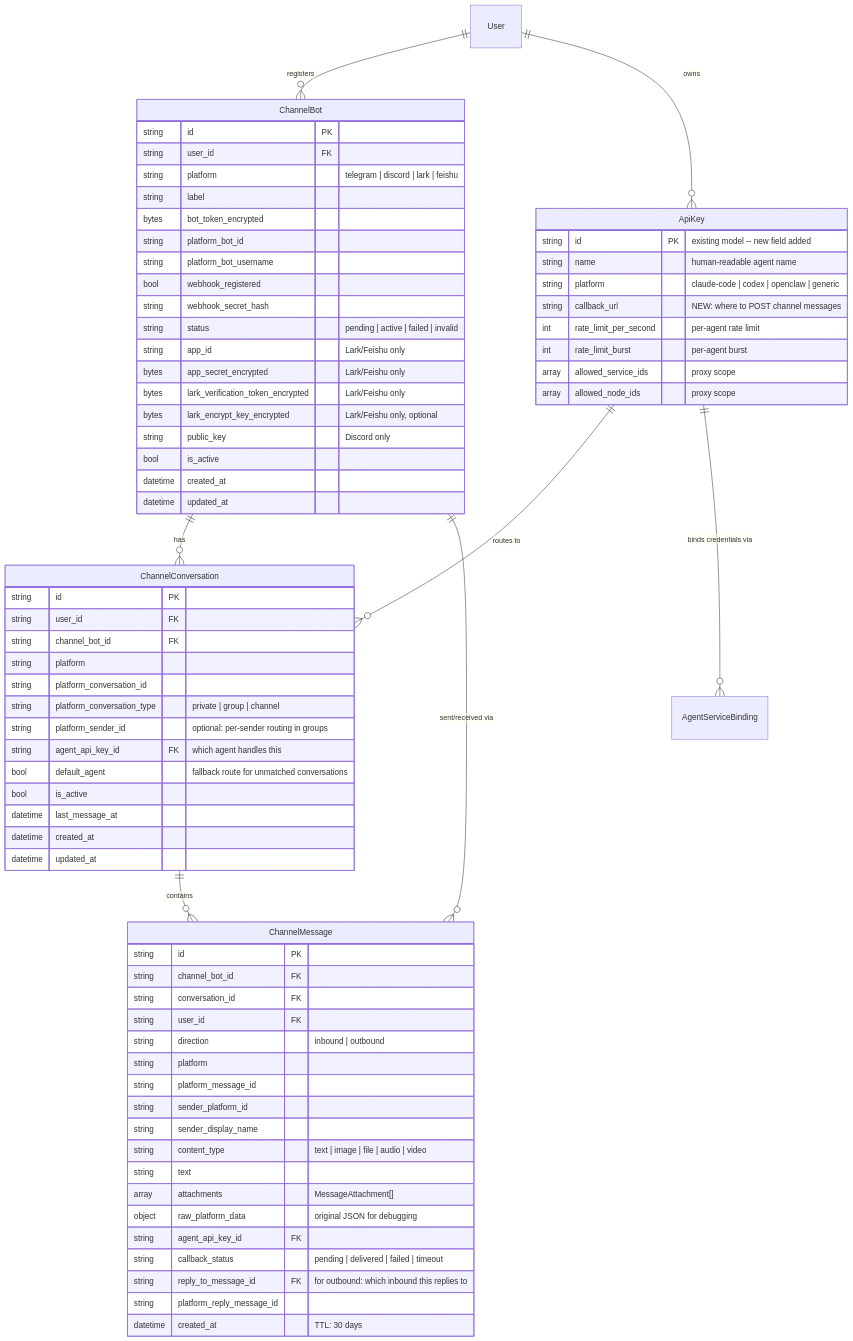
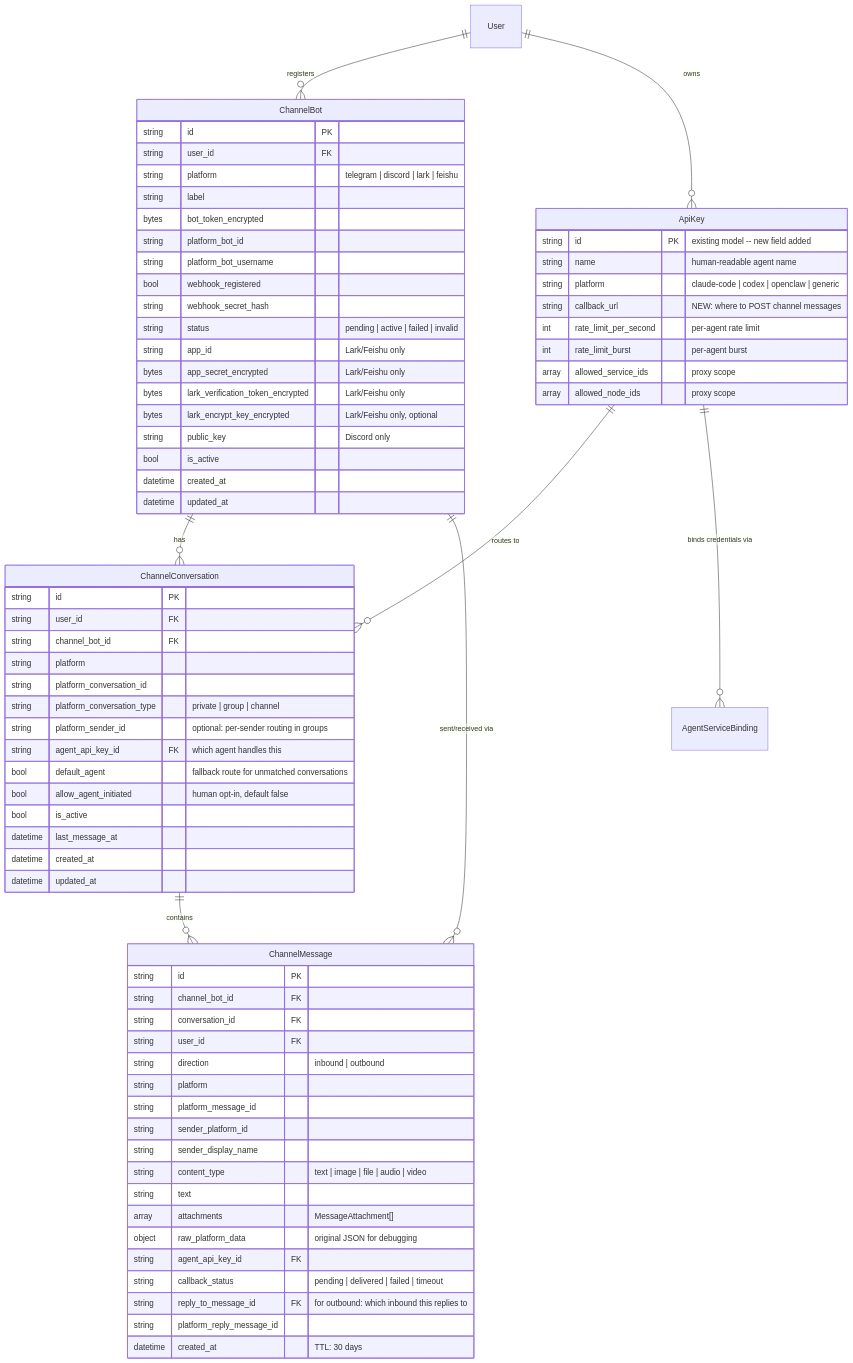
The eighth of 17 diagrams in docs/CHANNEL_BOT_RELAY.md (ChronoAIProject/NyxID), drawn with Mermaid before and after one commit. The commit also changed other lines of this file and 51 other files, not shown here.

Commit message:
feat(channels): agent-initiated channel messages (proactive send)

````diff
--- a/docs/CHANNEL_BOT_RELAY.md
+++ b/docs/CHANNEL_BOT_RELAY.md
@@ -291,79 +383,80 @@
 ```mermaid
 erDiagram
     User ||--o{ ChannelBot : registers
     User ||--o{ ApiKey : owns
     ChannelBot ||--o{ ChannelConversation : has
     ApiKey ||--o{ ChannelConversation : "routes to"
     ApiKey ||--o{ AgentServiceBinding : "binds credentials via"
     ChannelConversation ||--o{ ChannelMessage : contains
     ChannelBot ||--o{ ChannelMessage : "sent/received via"
 
     ApiKey {
         string id PK "existing model -- new field added"
         string name "human-readable agent name"
         string platform "claude-code | codex | openclaw | generic"
         string callback_url "NEW: where to POST channel messages"
         int rate_limit_per_second "per-agent rate limit"
         int rate_limit_burst "per-agent burst"
         array allowed_service_ids "proxy scope"
         array allowed_node_ids "proxy scope"
     }
 
     ChannelBot {
         string id PK
         string user_id FK
         string platform "telegram | discord | lark | feishu"
         string label
         bytes bot_token_encrypted
         string platform_bot_id
         string platform_bot_username
         bool webhook_registered
         string webhook_secret_hash
         string status "pending | active | failed | invalid"
         string app_id "Lark/Feishu only"
         bytes app_secret_encrypted "Lark/Feishu only"
         bytes lark_verification_token_encrypted "Lark/Feishu only"
         bytes lark_encrypt_key_encrypted "Lark/Feishu only, optional"
         string public_key "Discord only"
         bool is_active
         datetime created_at
         datetime updated_at
     }
 
     ChannelConversation {
         string id PK
         string user_id FK
         string channel_bot_id FK
         string platform
         string platform_conversation_id
         string platform_conversation_type "private | group | channel"
         string platform_sender_id "optional: per-sender routing in groups"
         string agent_api_key_id FK "which agent handles this"
         bool default_agent "fallback route for unmatched conversations"
+        bool allow_agent_initiated "human opt-in, default false"
         bool is_active
         datetime last_message_at
         datetime created_at
         datetime updated_at
     }
 
     ChannelMessage {
         string id PK
         string channel_bot_id FK
         string conversation_id FK
         string user_id FK
         string direction "inbound | outbound"
         string platform
         string platform_message_id
         string sender_platform_id
         string sender_display_name
         string content_type "text | image | file | audio | video"
         string text
         array attachments "MessageAttachment[]"
         object raw_platform_data "original JSON for debugging"
         string agent_api_key_id FK
         string callback_status "pending | delivered | failed | timeout"
         string reply_to_message_id FK "for outbound: which inbound this replies to"
         string platform_reply_message_id
         datetime created_at "TTL: 30 days"
     }
 ```
````
